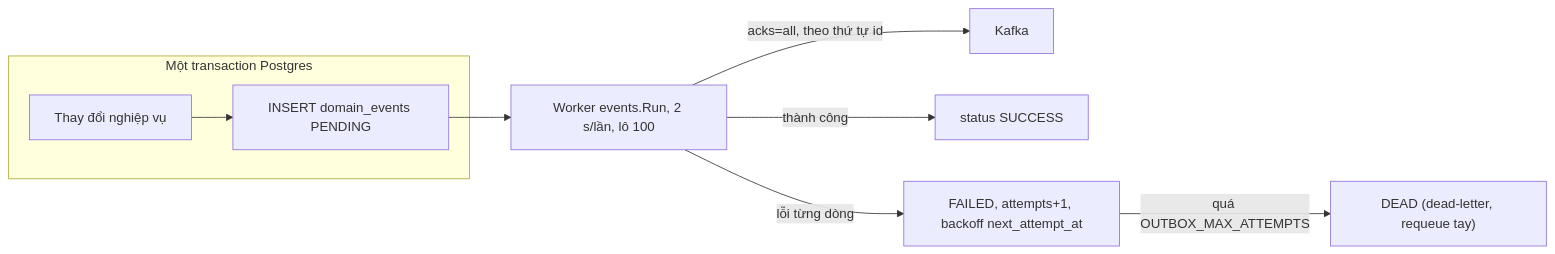
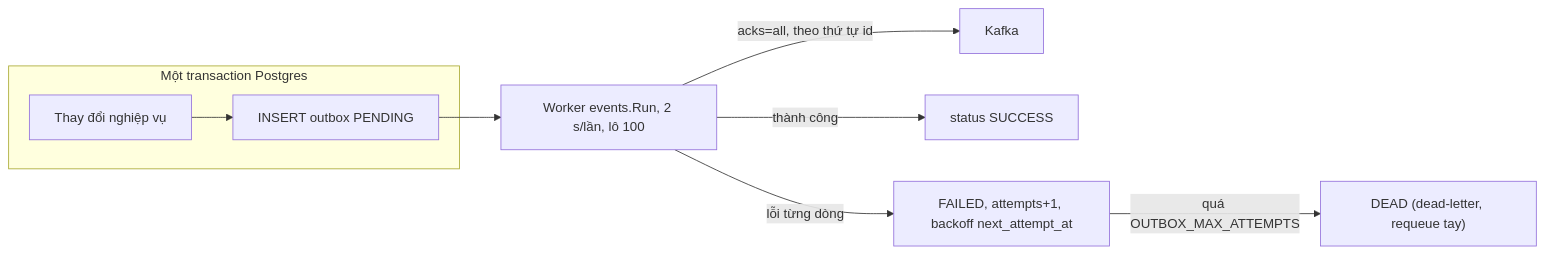
The seventh of 9 diagrams in docs/design/02_DATA_MODEL.md (khoatran18/mini-marketplace), drawn with Mermaid before and after one commit. The commit also changed other lines of this file and 13 other files, not shown here.

````diff
--- a/docs/design/02_DATA_MODEL.md
+++ b/docs/design/02_DATA_MODEL.md
@@ -282,13 +282,13 @@
 ```mermaid
 flowchart LR
   subgraph TX["Một transaction Postgres"]
     B["Thay đổi nghiệp vụ"]
-    E["INSERT domain_events PENDING"]
+    E["INSERT outbox PENDING"]
   end
   B --> E
   E --> W["Worker events.Run, 2 s/lần, lô 100"]
   W -->|"acks=all, theo thứ tự id"| K["Kafka"]
   W -->|"thành công"| S["status SUCCESS"]
   W -->|"lỗi từng dòng"| F["FAILED, attempts+1, backoff next_attempt_at"]
   F -->|"quá OUTBOX_MAX_ATTEMPTS"| D["DEAD (dead-letter, requeue tay)"]
 ```
````
